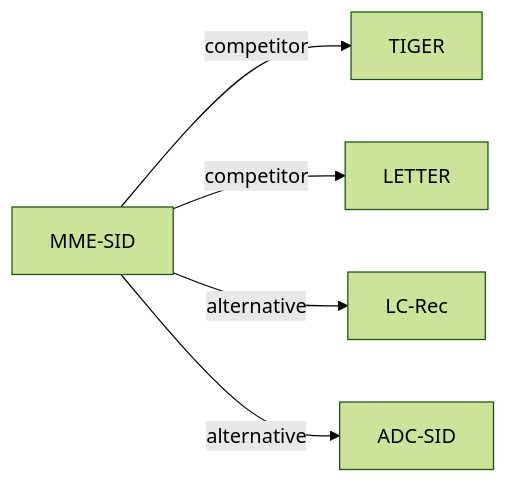
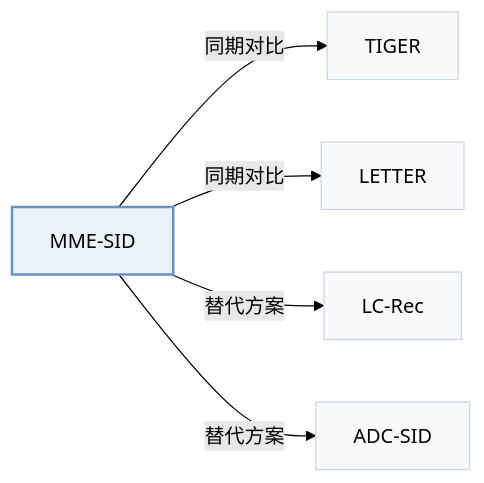
Before and after one commit to Galaxy-ghost/Awesome-SID-Generative-Rec: the second of 2 diagrams in pages/zh/papers/mme-sid.md, drawn with Mermaid (forest theme). The commit also changed other lines of this file and 649 other files, not shown here.

Commit message:
writer-05: also tags and modality index (schema, check, build, visuals); summary field removed; calibration data for 12 papers

````diff
--- a/pages/zh/papers/mme-sid.md
+++ b/pages/zh/papers/mme-sid.md
@@ -67,8 +76,12 @@
 ```mermaid
 flowchart LR
     P["MME-SID"]
-    P -->|competitor| A["TIGER"]
-    P -->|competitor| B["LETTER"]
-    P -->|alternative| C["LC-Rec"]
-    P -->|alternative| D["ADC-SID"]
+    P -->|"同期对比"| A["TIGER"]
+    P -->|"同期对比"| B["LETTER"]
+    P -->|"替代方案"| C["LC-Rec"]
+    P -->|"替代方案"| D["ADC-SID"]
+    classDef main fill:#eaf2fb,stroke:#6b8fc7,stroke-width:2px
+    classDef peer fill:#f8fafc,stroke:#cbd5e1
+    class P main
+    class A,B,C,D peer
 ```
````
